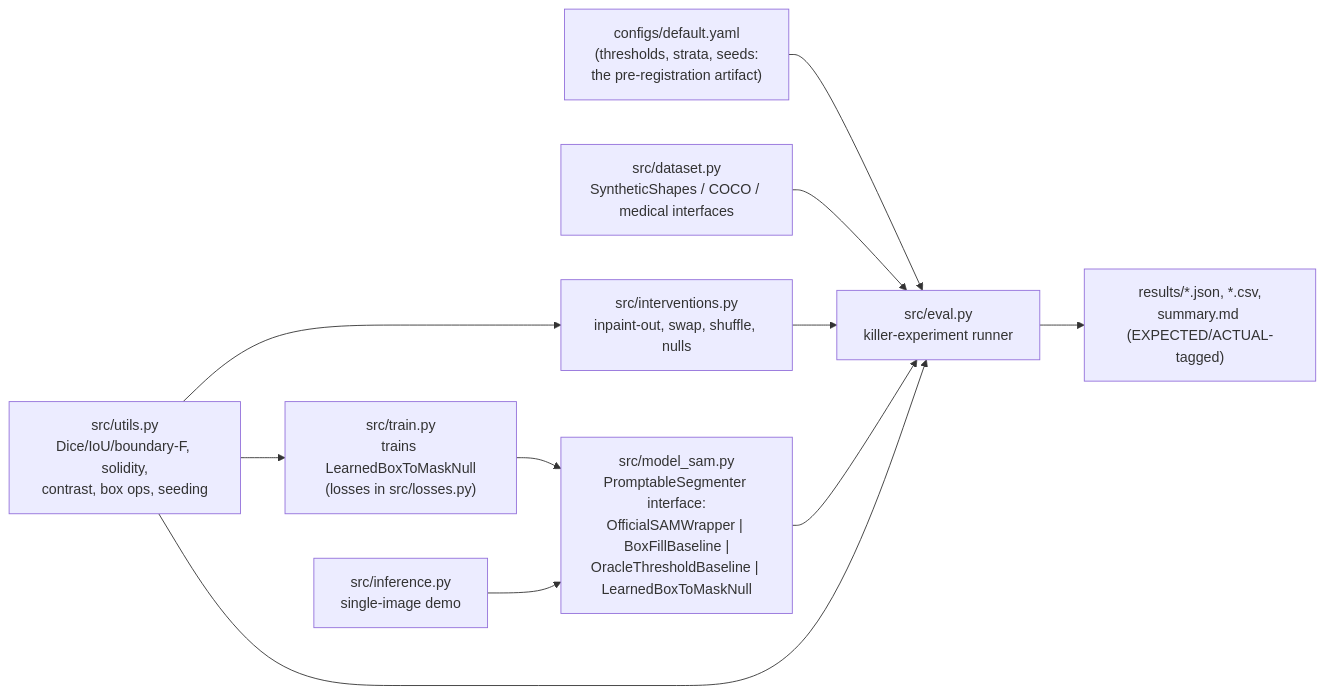
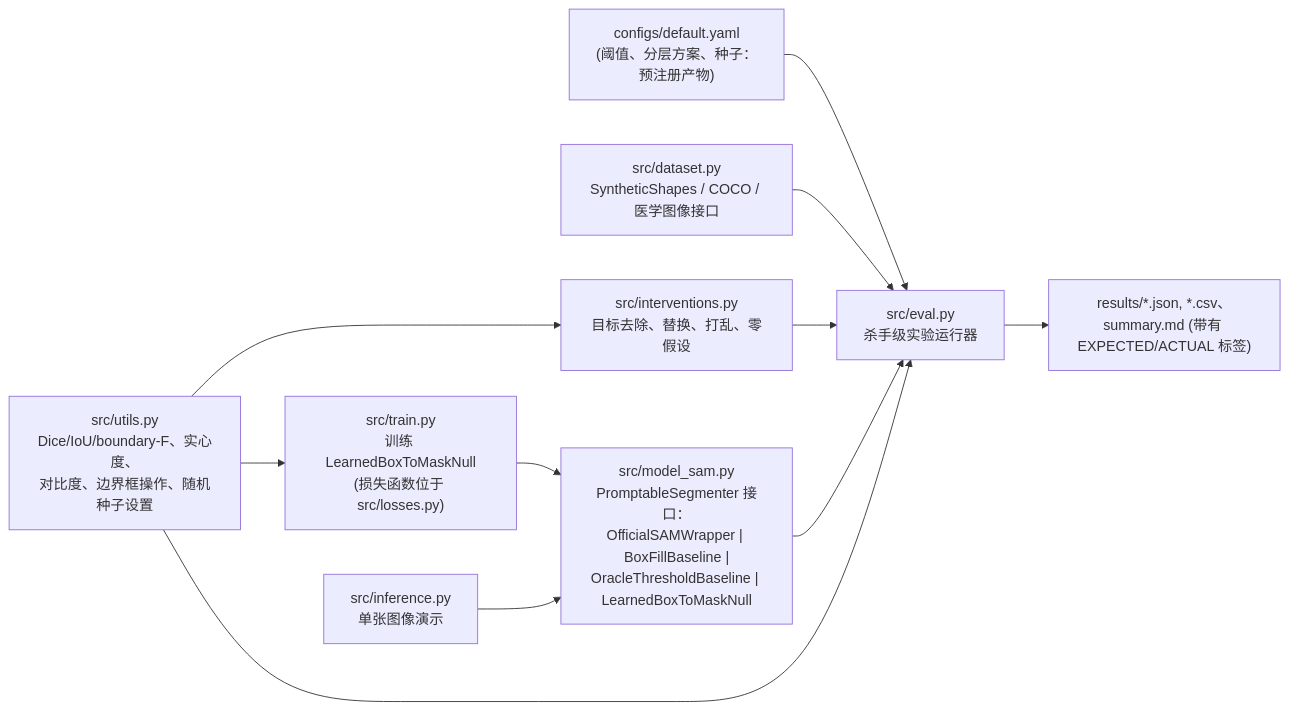
One commit to songkang688/idea changed the fourth of 4 diagrams in Windows4/Idea_01/diagrams/architecture.md. Above: the diagram before and after it, drawn with Mermaid. The commit also changed other lines of this file and 74 other files, not shown here.

````diff
--- a/Windows4/Idea_01/diagrams/architecture.md
+++ b/Windows4/Idea_01/diagrams/architecture.md
@@ -93,11 +93,11 @@
 ```mermaid
 flowchart LR
-    CFG["configs/default.yaml<br/>(thresholds, strata, seeds:<br/>the pre-registration artifact)"] --> EV
-    DS["src/dataset.py<br/>SyntheticShapes / COCO / medical interfaces"] --> EV["src/eval.py<br/>killer-experiment runner"]
-    IV["src/interventions.py<br/>inpaint-out, swap, shuffle, nulls"] --> EV
-    MD["src/model_sam.py<br/>PromptableSegmenter interface:<br/>OfficialSAMWrapper | BoxFillBaseline |<br/>OracleThresholdBaseline | LearnedBoxToMaskNull"] --> EV
-    TR["src/train.py<br/>trains LearnedBoxToMaskNull<br/>(losses in src/losses.py)"] --> MD
-    UT["src/utils.py<br/>Dice/IoU/boundary-F, solidity,<br/>contrast, box ops, seeding"] --> EV & IV & TR
-    EV --> OUTS["results/*.json, *.csv,<br/>summary.md (EXPECTED/ACTUAL-tagged)"]
-    INF["src/inference.py<br/>single-image demo"] --> MD
+    CFG["configs/default.yaml<br/>(阈值、分层方案、种子：<br/>预注册产物)"] --> EV
+    DS["src/dataset.py<br/>SyntheticShapes / COCO / 医学图像接口"] --> EV["src/eval.py<br/>杀手级实验运行器"]
+    IV["src/interventions.py<br/>目标去除、替换、打乱、零假设"] --> EV
+    MD["src/model_sam.py<br/>PromptableSegmenter 接口：<br/>OfficialSAMWrapper | BoxFillBaseline |<br/>OracleThresholdBaseline | LearnedBoxToMaskNull"] --> EV
+    TR["src/train.py<br/>训练 LearnedBoxToMaskNull<br/>(损失函数位于 src/losses.py)"] --> MD
+    UT["src/utils.py<br/>Dice/IoU/boundary-F、实心度、<br/>对比度、边界框操作、随机种子设置"] --> EV & IV & TR
+    EV --> OUTS["results/*.json, *.csv、<br/>summary.md (带有 EXPECTED/ACTUAL 标签)"]
+    INF["src/inference.py<br/>单张图像演示"] --> MD
 ```
````
